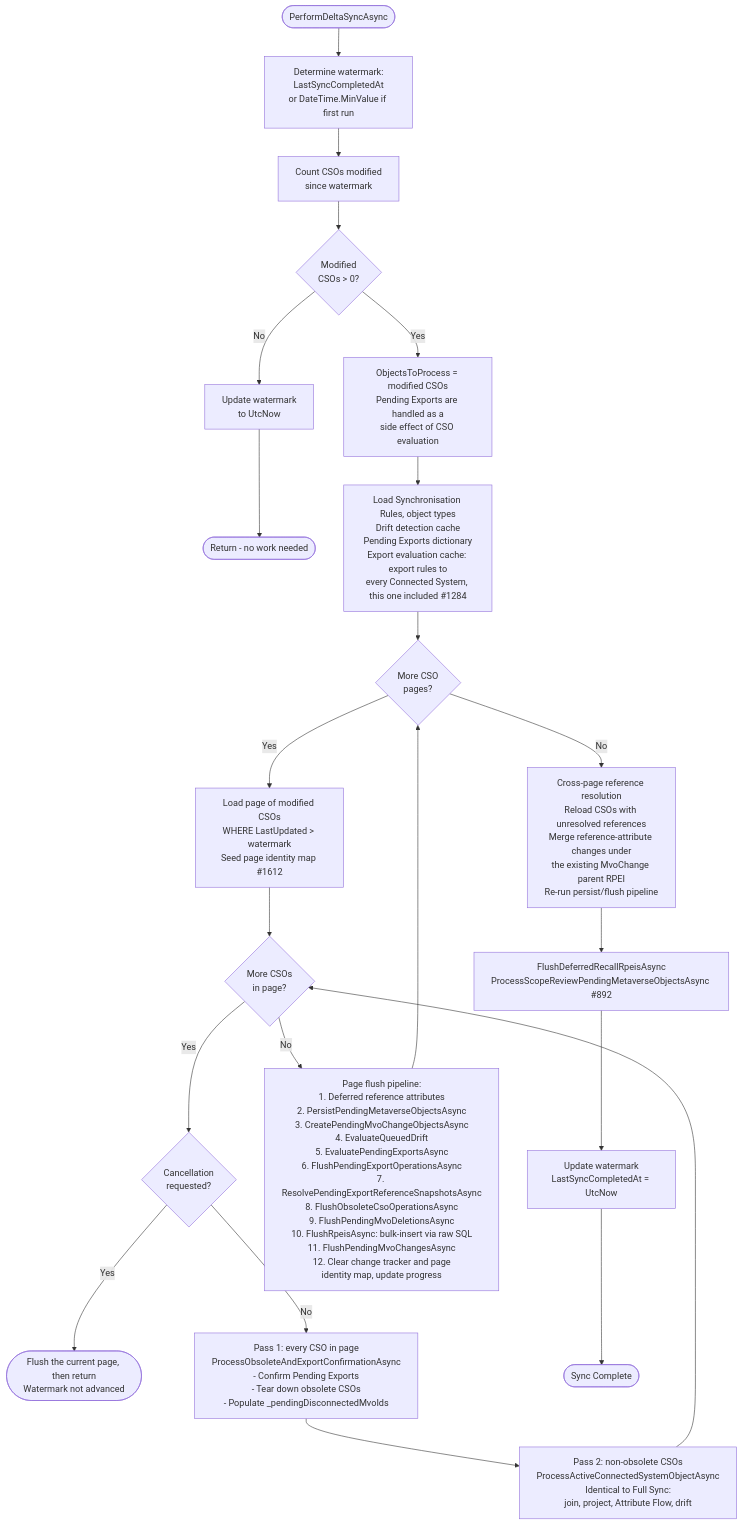
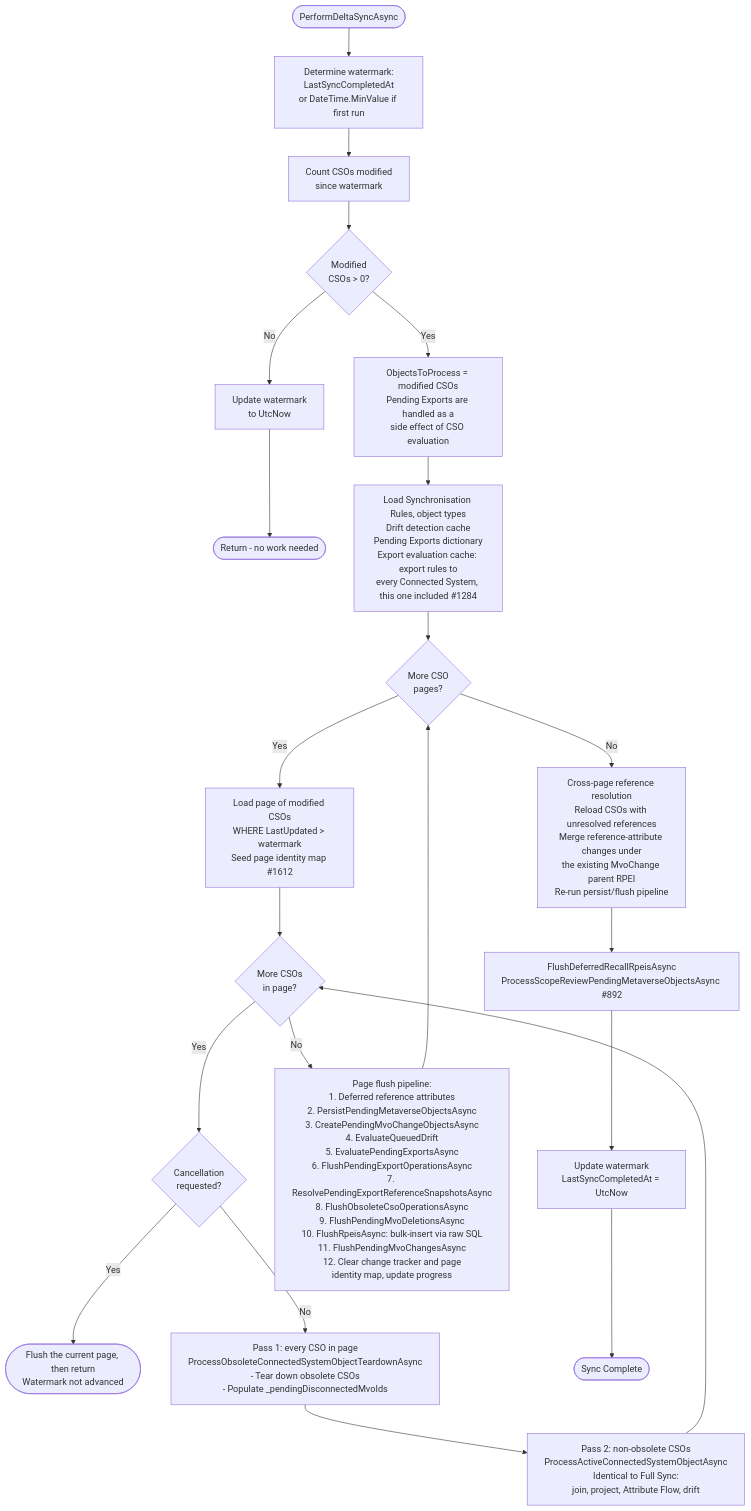
One commit to TetronIO/JIM changed the first of 2 diagrams in docs/developer/diagrams/DELTA_SYNC_FLOW.md. Above: the diagram before and after it, drawn with Mermaid. The commit also changed other lines of this file and 27 other files, not shown here.

````diff
--- a/docs/developer/diagrams/DELTA_SYNC_FLOW.md
+++ b/docs/developer/diagrams/DELTA_SYNC_FLOW.md
@@ -23,32 +23,32 @@
 ```mermaid
 flowchart TD
     Start([PerformDeltaSyncAsync]) --> Watermark[Determine watermark:<br/>LastSyncCompletedAt<br/>or DateTime.MinValue if first run]
 
     Watermark --> CountModified[Count CSOs modified<br/>since watermark]
     CountModified --> HasChanges{Modified<br/>CSOs > 0?}
 
     HasChanges -->|No| EarlyWatermark[Update watermark<br/>to UtcNow]
     EarlyWatermark --> EarlyDone([Return - no work needed])
 
     HasChanges -->|Yes| CountPE[ObjectsToProcess = modified CSOs<br/>Pending Exports are handled as a<br/>side effect of CSO evaluation]
     CountPE --> LoadCaches[Load Synchronisation Rules, object types<br/>Drift detection cache<br/>Pending Exports dictionary<br/>Export evaluation cache: export rules to<br/>every Connected System, this one included #1284]
 
     LoadCaches --> PageLoop{More CSO<br/>pages?}
 
     PageLoop -->|Yes| LoadPage[Load page of modified CSOs<br/>WHERE LastUpdated > watermark<br/>Seed page identity map #1612]
     LoadPage --> CsoLoop{More CSOs<br/>in page?}
 
     CsoLoop -->|Yes| CheckCancel{Cancellation<br/>requested?}
     CheckCancel -->|Yes| Return([Flush the current page, then return<br/>Watermark not advanced])
-    CheckCancel -->|No| Pass1[Pass 1: every CSO in page<br/>ProcessObsoleteAndExportConfirmationAsync<br/>- Confirm Pending Exports<br/>- Tear down obsolete CSOs<br/>- Populate _pendingDisconnectedMvoIds]
+    CheckCancel -->|No| Pass1[Pass 1: every CSO in page<br/>ProcessObsoleteConnectedSystemObjectTeardownAsync<br/>- Tear down obsolete CSOs<br/>- Populate _pendingDisconnectedMvoIds]
     Pass1 --> Pass2[Pass 2: non-obsolete CSOs<br/>ProcessActiveConnectedSystemObjectAsync<br/>Identical to Full Sync:<br/>join, project, Attribute Flow, drift]
     Pass2 --> CsoLoop
 
     CsoLoop -->|No| PageFlush[Page flush pipeline:<br/>1. Deferred reference attributes<br/>2. PersistPendingMetaverseObjectsAsync<br/>3. CreatePendingMvoChangeObjectsAsync<br/>4. EvaluateQueuedDrift<br/>5. EvaluatePendingExportsAsync<br/>6. FlushPendingExportOperationsAsync<br/>7. ResolvePendingExportReferenceSnapshotsAsync<br/>8. FlushObsoleteCsoOperationsAsync<br/>9. FlushPendingMvoDeletionsAsync<br/>10. FlushRpeisAsync: bulk-insert via raw SQL<br/>11. FlushPendingMvoChangesAsync<br/>12. Clear change tracker and page<br/>identity map, update progress]
     PageFlush --> PageLoop
 
     PageLoop -->|No| CrossPage[Cross-page reference resolution<br/>Reload CSOs with unresolved references<br/>Merge reference-attribute changes under<br/>the existing MvoChange parent RPEI<br/>Re-run persist/flush pipeline]
     CrossPage --> PostPasses[FlushDeferredRecallRpeisAsync<br/>ProcessScopeReviewPendingMetaverseObjectsAsync #892]
     PostPasses --> UpdateWatermark[Update watermark<br/>LastSyncCompletedAt = UtcNow]
     UpdateWatermark --> Done([Sync Complete])
 ```
````
